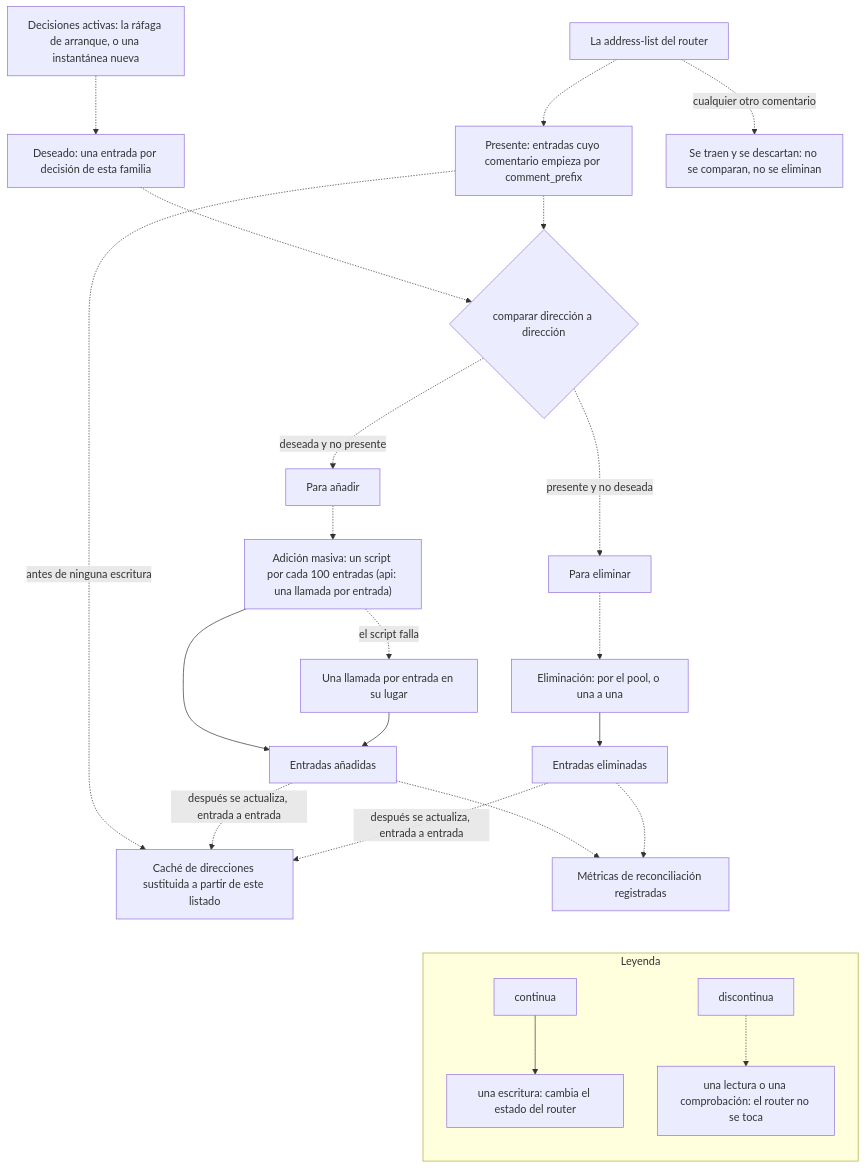
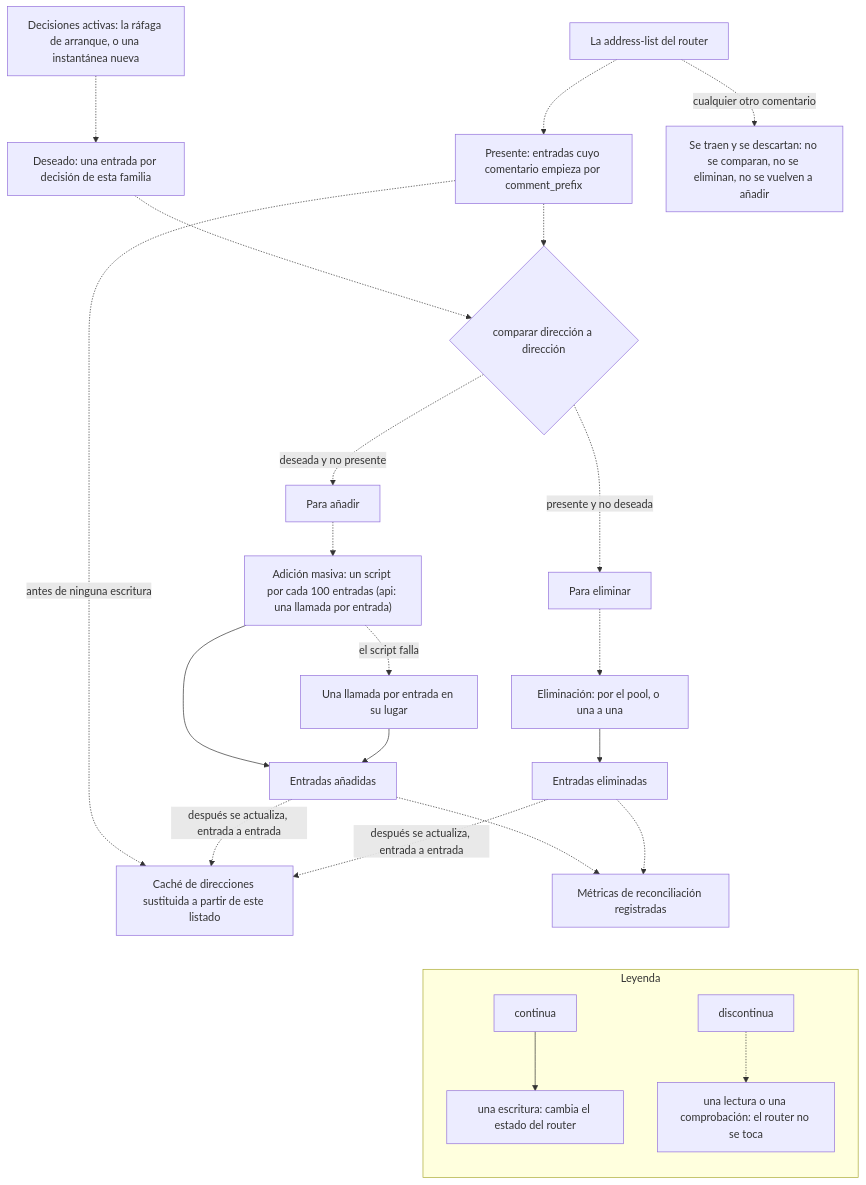
One commit to jmrplens/cs-routeros-bouncer changed the diagram in docs/src/content/docs/es/architecture/reconciliation.mdx. Above: the diagram before and after it, drawn with Mermaid. The commit also changed other lines of this file and 5 other files, not shown here.

````diff
--- a/docs/src/content/docs/es/architecture/reconciliation.mdx
+++ b/docs/src/content/docs/es/architecture/reconciliation.mdx
@@ -49,30 +49,30 @@
 ```mermaid
 flowchart TB
     accTitle: La comparación de reconciliación: entra la instantánea, entra el estado del router, salen adiciones y eliminaciones
-    accDescr: Una instantánea de decisiones activas se convierte en el conjunto deseado, una entrada por decisión de esta familia de protocolo, indexada por dirección normalizada. La address-list del router se convierte en el conjunto presente, pero solo con las entradas cuyo comentario empieza por el prefijo configurado; las entradas con cualquier otro comentario se traen del router y se descartan en el cliente, así que no se comparan ni se eliminan, pero sí cuestan transferencia en cada pasada. Comparar ambos conjuntos dirección a dirección da las entradas que hay que añadir y las que hay que eliminar. La caché de direcciones en memoria se sustituye a partir de ese mismo listado antes de que salga ninguna escritura. Las adiciones pasan después por un script de RouterOS de hasta cien entradas, y si un script falla se recurre a una llamada a la API por entrada, o, con bulk_add_method api, con una llamada a la API por entrada repartida en el pool; las eliminaciones pasan por el pool de conexiones cuando se pudo abrir, y una a una por la conexión principal cuando no. Cada adición y cada eliminación vuelve a actualizar la caché con lo que ha escrito, y las métricas de reconciliación se registran cuando ya han corrido las dos.
+    accDescr: Una instantánea de decisiones activas se convierte en el conjunto deseado, una entrada por decisión de esta familia de protocolo, indexada por dirección normalizada. La address-list del router se convierte en el conjunto presente, pero solo con las entradas cuyo comentario empieza por el prefijo configurado; las entradas con cualquier otro comentario se traen del router y se descartan en el cliente, así que no se comparan, no se eliminan y sus direcciones no se vuelven a añadir, pero sí cuestan transferencia en cada pasada. Comparar ambos conjuntos dirección a dirección da las entradas que hay que añadir y las que hay que eliminar. La caché de direcciones en memoria se sustituye a partir de ese mismo listado antes de que salga ninguna escritura. Las adiciones pasan después por un script de RouterOS de hasta cien entradas, y si un script falla se recurre a una llamada a la API por entrada, o, con bulk_add_method api, con una llamada a la API por entrada repartida en el pool; las eliminaciones pasan por el pool de conexiones cuando se pudo abrir, y una a una por la conexión principal cuando no. Cada adición y cada eliminación vuelve a actualizar la caché con lo que ha escrito, y las métricas de reconciliación se registran cuando ya han corrido las dos.
     SNAP["Decisiones activas: la ráfaga de arranque, o una instantánea nueva"] -.-> WANT["Deseado: una entrada por decisión de esta familia"]
     LIST["La address-list del router"] -.-> HAVE["Presente: entradas cuyo comentario empieza por comment_prefix"]
-    LIST -. "cualquier otro comentario" .-> FOREIGN["Se traen y se descartan: no se comparan, no se eliminan"]
+    LIST -. "cualquier otro comentario" .-> FOREIGN["Se traen y se descartan: no se comparan, no se eliminan, no se vuelven a añadir"]
     HAVE -. "antes de ninguna escritura" .-> CACHE["Caché de direcciones sustituida a partir de este listado"]
     WANT -.-> DIFF{"comparar dirección a dirección"}
     HAVE -.-> DIFF
     DIFF -. "deseada y no presente" .-> TOADD["Para añadir"]
     DIFF -. "presente y no deseada" .-> TOREM["Para eliminar"]
     TOADD -.-> BULK["Adición masiva: un script por cada 100 entradas (api: una llamada por entrada)"]
     BULK -. "el script falla" .-> ONEBY["Una llamada por entrada en su lugar"]
     TOREM -.-> DELE["Eliminación: por el pool, o una a una"]
     BULK --> ADDED["Entradas añadidas"]
     ONEBY --> ADDED
     DELE --> REMOVED["Entradas eliminadas"]
     ADDED -. "después se actualiza, entrada a entrada" .-> CACHE
     REMOVED -. "después se actualiza, entrada a entrada" .-> CACHE
     ADDED -.-> MET["Métricas de reconciliación registradas"]
     REMOVED -.-> MET
 
     MET ~~~ LEG
     subgraph LEG["Leyenda"]
         direction TB
         LA["continua"] --> LB["una escritura: cambia el estado del router"]
         LC["discontinua"] -.-> LD["una lectura o una comprobación: el router no se toca"]
     end
 ```
````
